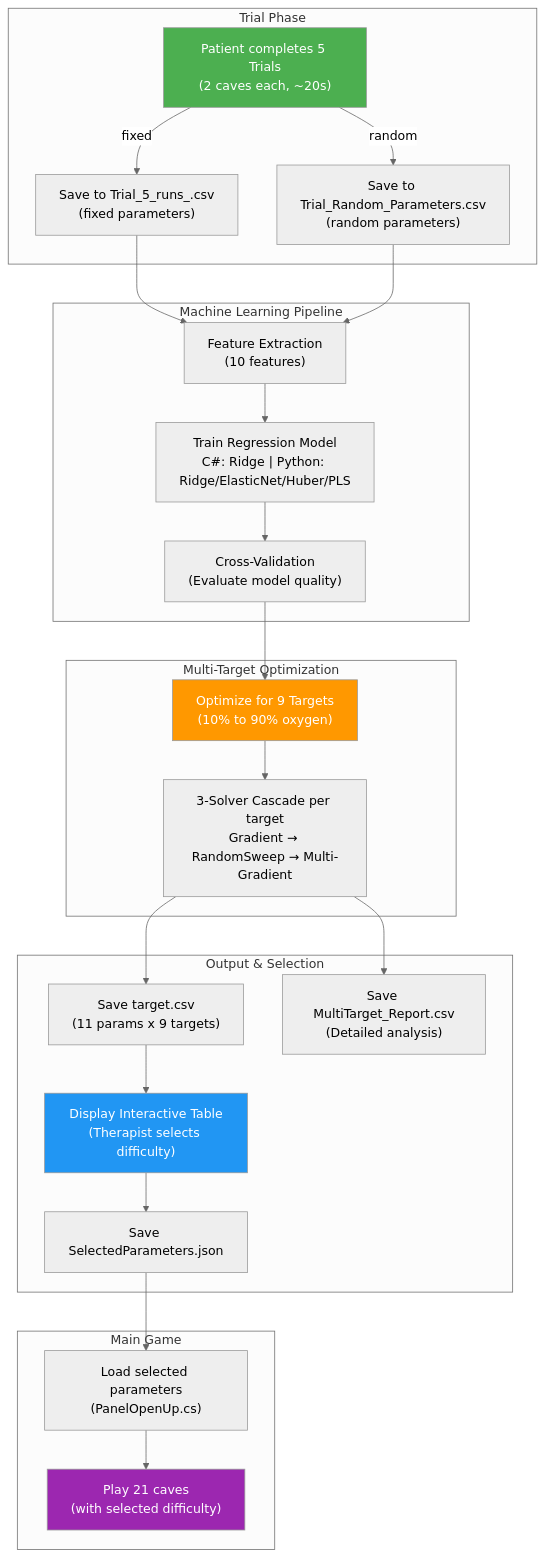
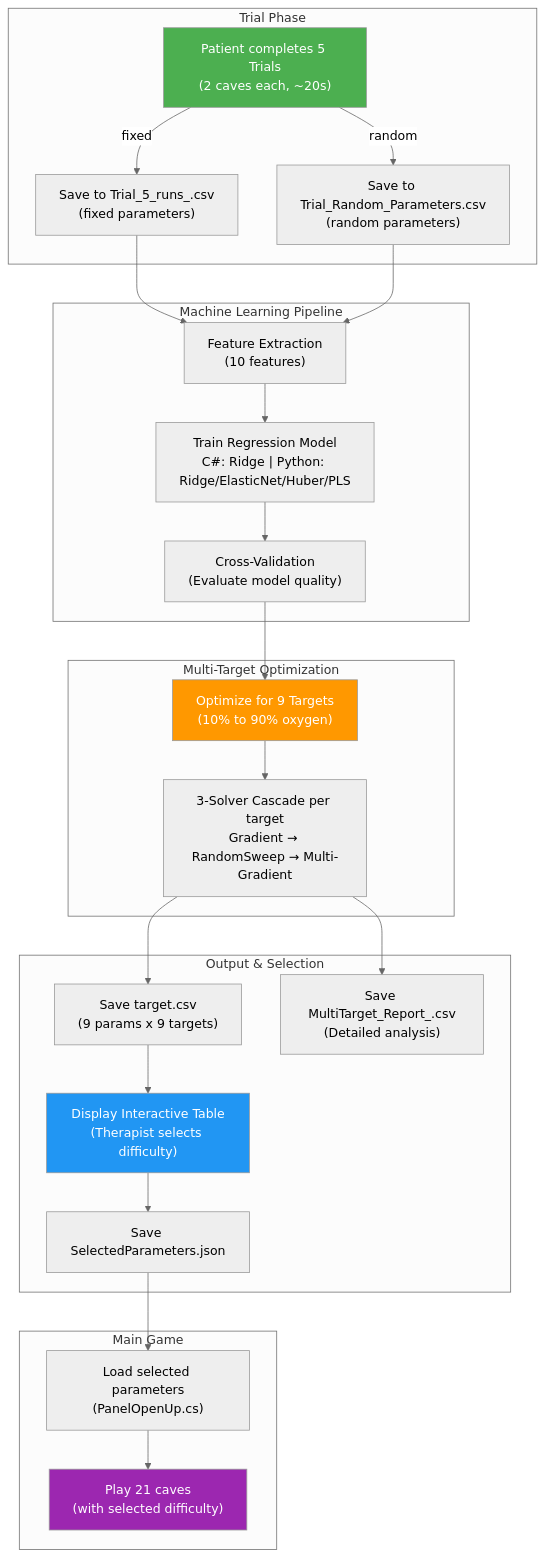
One commit to MHA-FinalProject/AquaGuardian changed the first of 6 diagrams in PROJECT_OVERVIEW.md. Above: the diagram before and after it, drawn with Mermaid (neutral theme). The commit also changed other lines of this file, not shown here.

````diff
--- a/PROJECT_OVERVIEW.md
+++ b/PROJECT_OVERVIEW.md
@@ -156,44 +158,44 @@
 ```mermaid
 flowchart TB
     subgraph Trial["Trial Phase"]
         A["Patient completes 5 Trials<br/>(2 caves each, ~20s)"]
         B1["Save to Trial_5_runs_.csv<br/>(fixed parameters)"]
         B2["Save to Trial_Random_Parameters.csv<br/>(random parameters)"]
     end
 
     subgraph ML["Machine Learning Pipeline"]
         C["Feature Extraction<br/>(10 features)"]
         D["Train Regression Model<br/>C#: Ridge | Python: Ridge/ElasticNet/Huber/PLS"]
         E["Cross-Validation<br/>(Evaluate model quality)"]
     end
 
     subgraph MultiTarget["Multi-Target Optimization"]
         F["Optimize for 9 Targets<br/>(10% to 90% oxygen)"]
         G["3-Solver Cascade per target<br/>Gradient → RandomSweep → Multi-Gradient"]
     end
 
     subgraph Output["Output & Selection"]
-        H["Save target.csv<br/>(11 params x 9 targets)"]
-        I["Save MultiTarget_Report.csv<br/>(Detailed analysis)"]
+        H["Save target.csv<br/>(9 params x 9 targets)"]
+        I["Save MultiTarget_Report_.csv<br/>(Detailed analysis)"]
         J["Display Interactive Table<br/>(Therapist selects difficulty)"]
         K["Save SelectedParameters.json"]
     end
 
     subgraph Game["Main Game"]
         L["Load selected parameters<br/>(PanelOpenUp.cs)"]
         M["Play 21 caves<br/>(with selected difficulty)"]
     end
 
     A -->|fixed| B1
     A -->|random| B2
     B1 --> C
     B2 --> C
     C --> D --> E --> F --> G --> H
     G --> I
     H --> J --> K --> L --> M
 
     style A fill:#4CAF50,color:#fff
     style F fill:#FF9800,color:#fff
     style J fill:#2196F3,color:#fff
     style M fill:#9C27B0,color:#fff
 ```
````
